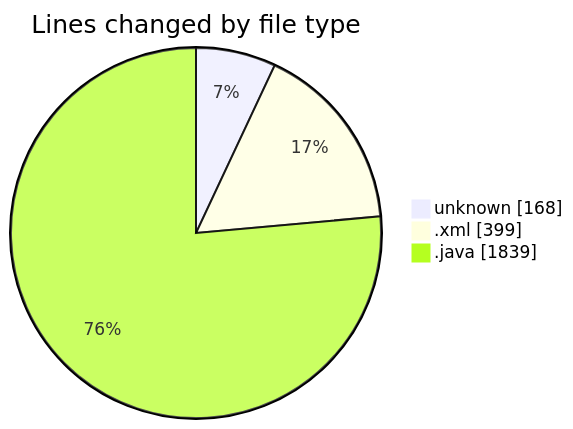
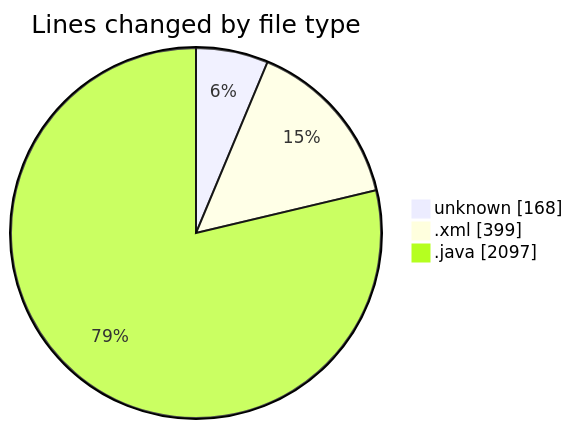
The first of 2 diagrams in 2025-02-24/micros/README.md (charlie-sans/code-tracking), drawn with Mermaid before and after one commit. The commit also changed other lines of this file and 1 other file, not shown here.

````diff
--- a/2025-02-24/micros/README.md
+++ b/2025-02-24/micros/README.md
@@ -27,7 +28,7 @@
 ```mermaid
 pie showData
 title Lines changed by file type
 "unknown" : 168
 ".xml" : 399
-".java" : 1839
+".java" : 2097
 ```
````
